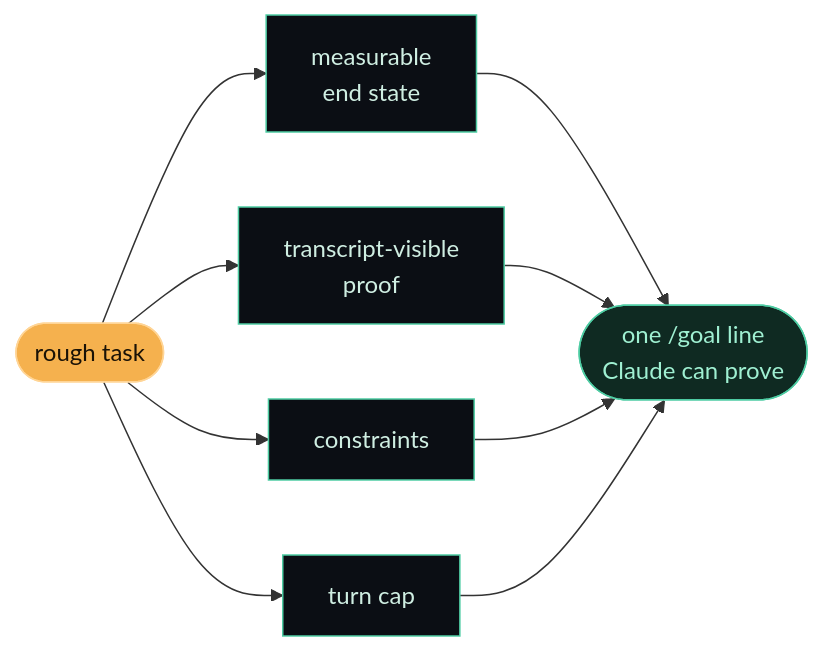
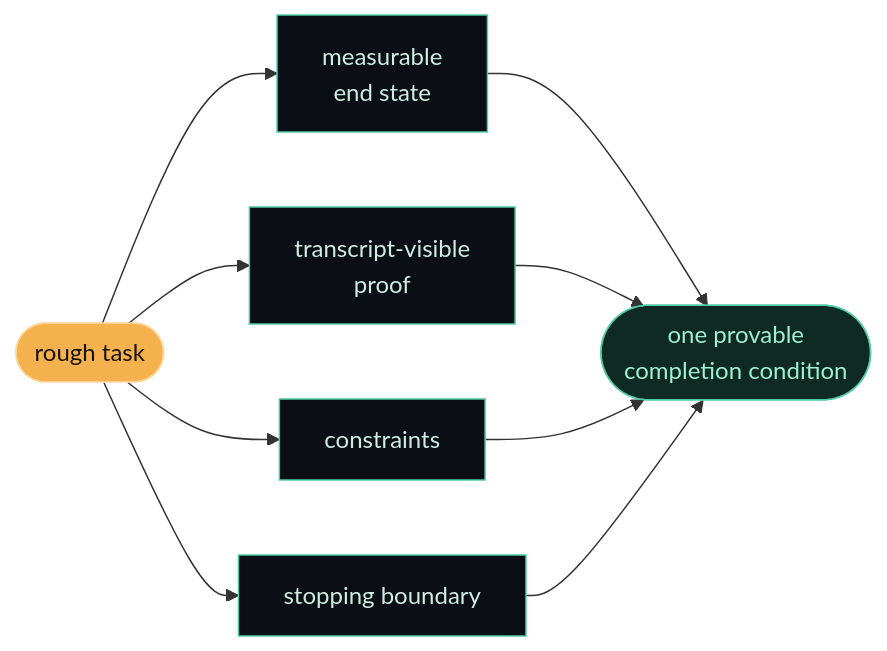
The diagram in README.md (edcadet10/write-goal), drawn with Mermaid before and after one commit. The commit also changed other lines of this file and 7 other files, not shown here.

````diff
--- a/README.md
+++ b/README.md
@@ -88,18 +120,18 @@
 ```mermaid
 flowchart LR
     T(["rough task"]) --> M["measurable<br/>end state"]
     T --> P["transcript-visible<br/>proof"]
     T --> C["constraints"]
-    T --> K["turn cap"]
-    M --> G(["one /goal line<br/>Claude can prove"])
+    T --> K["stopping boundary"]
+    M --> G(["one provable<br/>completion condition"])
     P --> G
     C --> G
     K --> G
 
     classDef task fill:#f5b14e,stroke:#ffd596,color:#1a1206
     classDef part fill:#0b0e14,stroke:#4ecca3,color:#cfeee2
     classDef out fill:#0f2a22,stroke:#4ecca3,color:#9ff0d2
     class T task
     class M,P,C,K part
     class G out
 ```
````
